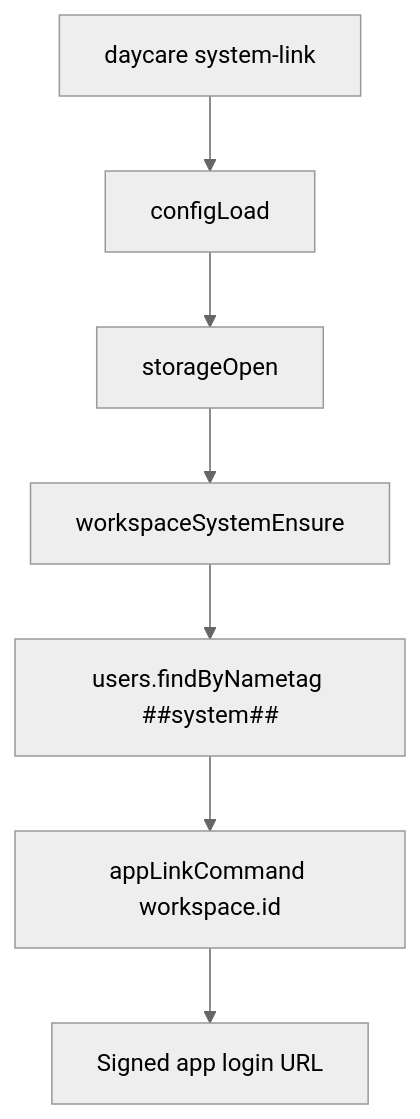
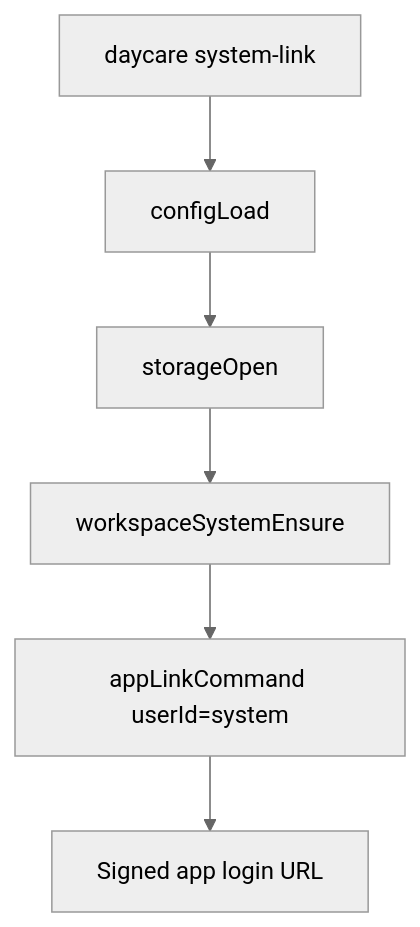
The diagram in doc/20260308-system-workspace-link-command.md (ex3ndr/daycare), drawn with Mermaid (neutral theme) before and after one commit. The commit also changed other lines of this file and 6 other files, not shown here.

Commit message:
fix(cli): reserve system workspace id

````diff
--- a/doc/20260308-system-workspace-link-command.md
+++ b/doc/20260308-system-workspace-link-command.md
@@ -10,9 +10,8 @@
 ```mermaid
 flowchart TD
     A[daycare system-link] --> B[configLoad]
     B --> C[storageOpen]
     C --> D[workspaceSystemEnsure]
-    D --> E[users.findByNametag ##system##]
-    E --> F[appLinkCommand workspace.id]
-    F --> G[Signed app login URL]
+    D --> E[appLinkCommand userId=system]
+    E --> F[Signed app login URL]
 ```
````
